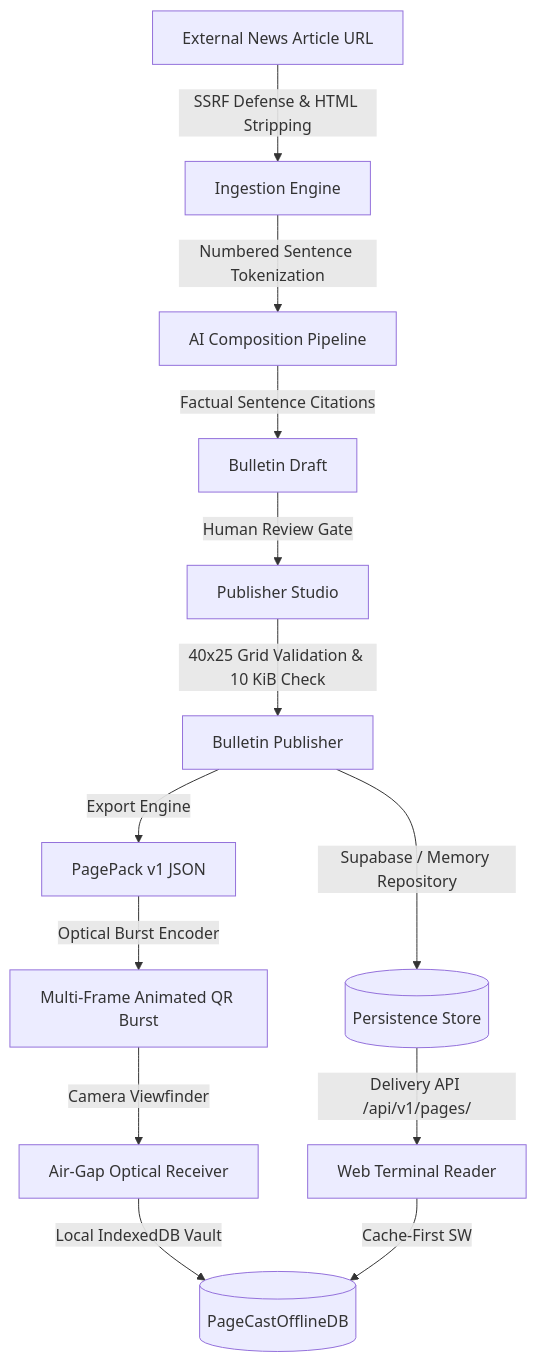
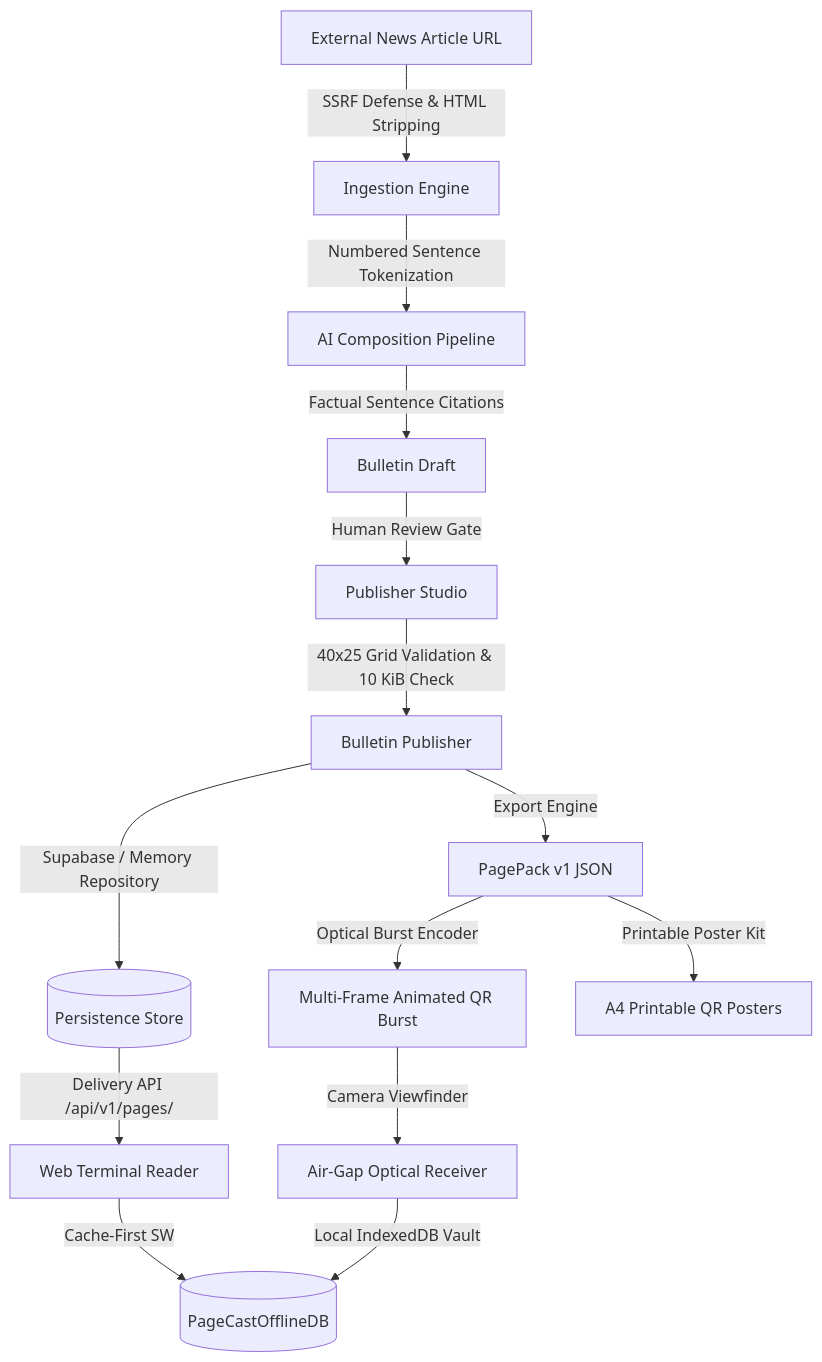
The diagram in README.md (Atulyaam/PageCast), drawn with Mermaid before and after one commit. The commit also changed other lines of this file and 1 other file, not shown here.

````diff
--- a/README.md
+++ b/README.md
@@ -44,15 +84,16 @@
 ```mermaid
 flowchart TD
     A[External News Article URL] -->|SSRF Defense & HTML Stripping| B[Ingestion Engine]
     B -->|Numbered Sentence Tokenization| C[AI Composition Pipeline]
     C -->|Factual Sentence Citations| D[Bulletin Draft]
     D -->|Human Review Gate| E[Publisher Studio]
     E -->|40x25 Grid Validation & 10 KiB Check| F[Bulletin Publisher]
     F -->|Supabase / Memory Repository| G[(Persistence Store)]
     F -->|Export Engine| H[PagePack v1 JSON]
     H -->|Optical Burst Encoder| I[Multi-Frame Animated QR Burst]
+    H -->|Printable Poster Kit| M[A4 Printable QR Posters]
     G -->|Delivery API /api/v1/pages/| J[Web Terminal Reader]
     I -->|Camera Viewfinder| K[Air-Gap Optical Receiver]
     K -->|Local IndexedDB Vault| L[(PageCastOfflineDB)]
     J -->|Cache-First SW| L
 ```
````
